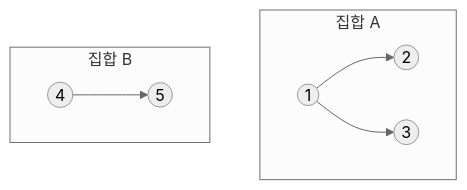
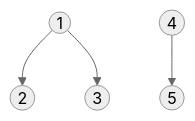
The diagram in Data-Structures/Union-Find.md (2ndSilverMan/BFB_of_CS), drawn with Mermaid (neutral theme) before and after one commit. The commit also changed other lines of this file and 534 other files, not shown here.

````diff
--- a/Data-Structures/Union-Find.md
+++ b/Data-Structures/Union-Find.md
@@ -18,10 +19,6 @@
 ```mermaid
 graph TD
-    subgraph 집합 A
-        a((1)) --> b((2))
-        a --> c((3))
-    end
-    subgraph 집합 B
-        d((4)) --> e((5))
-    end
+    a((1)) --> b((2))
+    a --> c((3))
+    d((4)) --> e((5))
 ```
````
